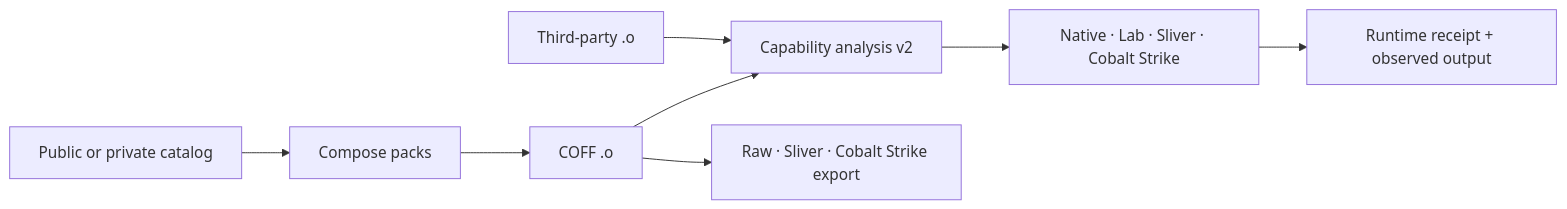
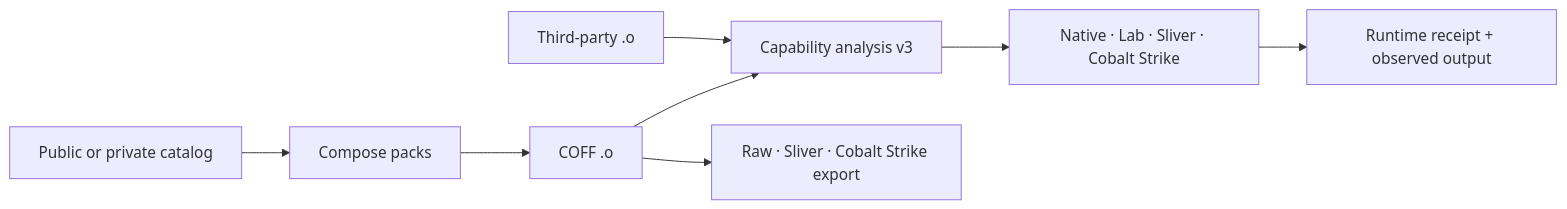
Before and after one commit to professor-moody/bofbench: the diagram in docs/index.md, drawn with Mermaid. The commit also changed other lines of this file and 17 other files, not shown here.

````diff
--- a/docs/index.md
+++ b/docs/index.md
@@ -39,10 +39,10 @@
 ```mermaid
 flowchart LR
     C["Public or private catalog"] --> P["Compose packs"]
     P --> O["COFF .o"]
-    X["Third-party .o"] --> A["Capability analysis v2"]
+    X["Third-party .o"] --> A["Capability analysis v3"]
     O --> A
     A --> R["Native · Lab · Sliver · Cobalt Strike"]
     R --> E["Runtime receipt + observed output"]
     O --> Z["Raw · Sliver · Cobalt Strike export"]
 ```
````
